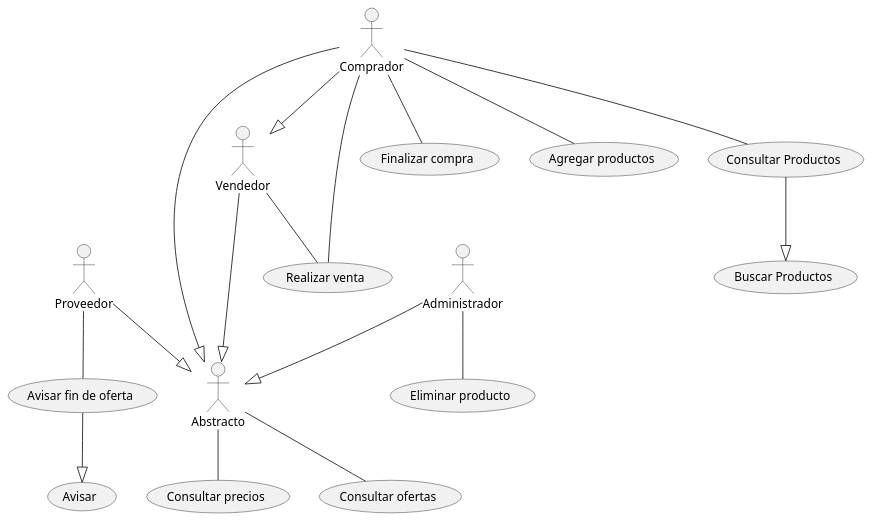
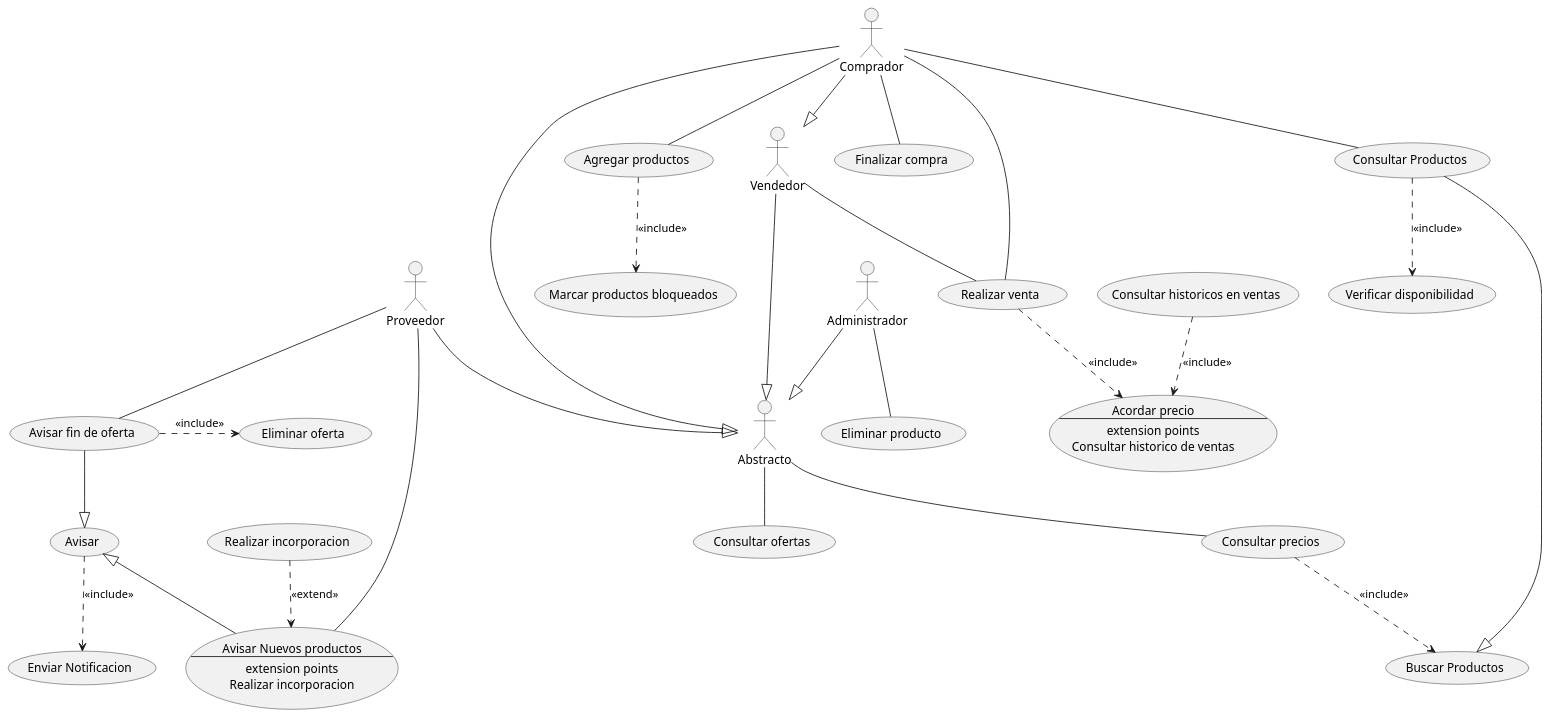
Before and after one commit to cgg734/INRE-UAL-MORADO-2022-2023: the diagram in lab0/source/Sistema De Compras.puml, drawn with PlantUML. The commit also changed 1 other file, not shown here.

```diff
--- a/lab0/source/Sistema De Compras.puml
+++ b/lab0/source/Sistema De Compras.puml
@@ -1,41 +1,92 @@
 @startuml Sistema de compras 
 :Vendedor:---|> Abstracto
 :Proveedor: --|> Abstracto
 :Administrador: --|> Abstracto
 :Comprador: --|> Abstracto
 :Vendedor: -- (realizar)
+
+usecase AcordarP as "
+Acordar precio
+--
+extension points
+Consultar historico de ventas
+"
+
+"Consultar historicos en ventas" as (consultarH)
+
+
+(consultarH)..>(AcordarP): <<include>>
+
+(realizar)..>(AcordarP): <<include>>
+
 :Comprador: -- (realizar)
 "Realizar venta" as (realizar)
 
 :Comprador: -- (finalizarC)
 "Finalizar compra" as (finalizarC)
+
+"Marcar productos bloqueados" as (marcarP)
+(AgregarP)..>(marcarP): <<include>>
+
 
 :Comprador: -- (AgregarP)
 "Agregar productos" as (AgregarP)
 
 :Comprador: -- (ConsultarProd)
 "Consultar Productos" as (ConsultarProd)
 
 ConsultarProd --|> (BuscarProd)
 "Buscar Productos" as (BuscarProd)
 
+
+
+"Verificar disponibilidad" as (VerificarDisp)
+
+(ConsultarProd)..>(VerificarDisp): <<include>>
+
+
+
 :Abstracto: -- (ConsultarO)
 "Consultar ofertas" as (ConsultarO)
 
 :Abstracto: -- (ConsultarPrec)
 "Consultar precios" as (ConsultarPrec)
+
+
+(ConsultarPrec)..>(BuscarProd): <<include>>
 
 
 :Administrador: -- (EliminarP)
 "Eliminar producto" as (EliminarP)
 
 :Comprador: --|> Vendedor
 
 :Proveedor: -- (AvisarFin)
 "Avisar fin de oferta" as (AvisarFin)
 
-AvisarFin --|> (Avisar)
+AvisarFin -down-|> (Avisar)
 "Avisar" as (Avisar)
+
+(Avisar)..>(Enviar Notificacion): <<include>>
+(AvisarFin).>(Eliminar oferta): <<include>>
+
+usecase AvisarNuevos as "
+Avisar Nuevos productos
+--
+extension points
+Realizar incorporacion
+"
+
+:Proveedor: -- (AvisarNuevos)
+
+(AvisarNuevos)-up-|>(Avisar)
+
+
+"Realizar incorporacion" as (RealizarIncorp)
+(RealizarIncorp)..>(AvisarNuevos): <<extend>>
+
+
+
 
 
 @enduml
```
